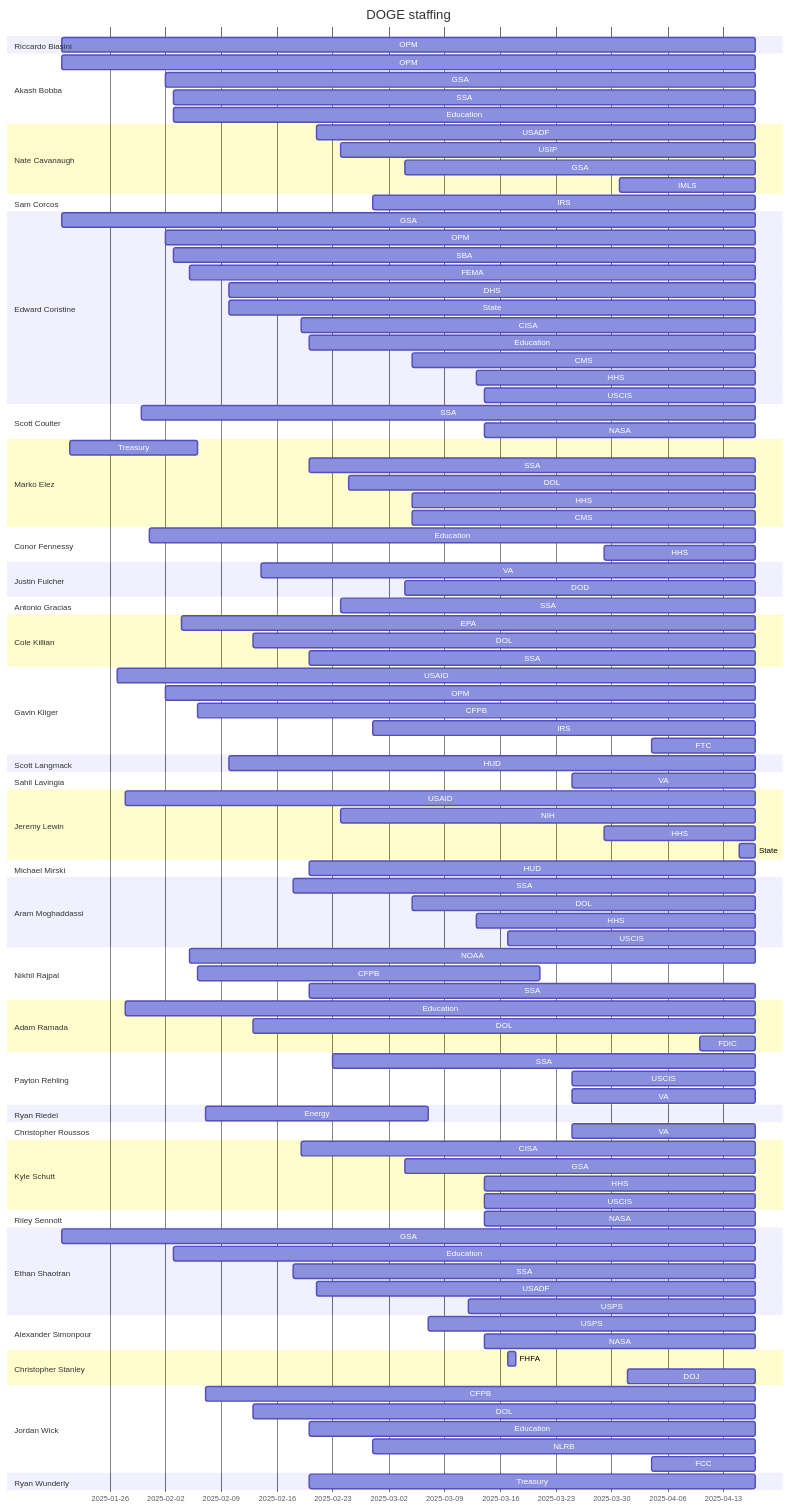
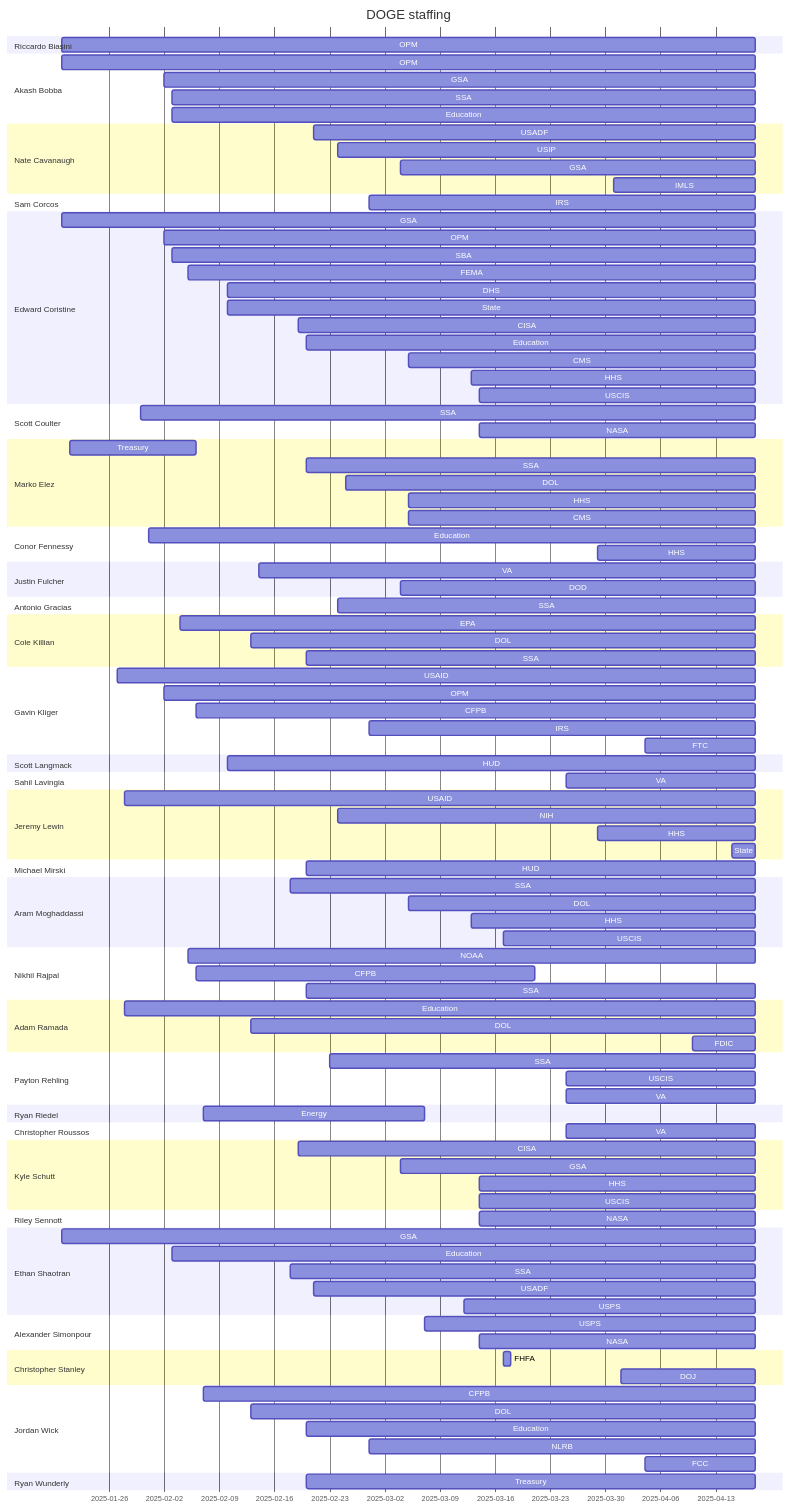
The diagram in it_modernization/staffing_chart.md (harrisj/trump_data), drawn with Mermaid before and after one commit. The commit also changed 10 other files, not shown here.

````diff
--- a/it_modernization/staffing_chart.md
+++ b/it_modernization/staffing_chart.md
@@ -4,115 +4,115 @@
     todayMarker off
     dateFormat YYYY-MM-DD
     section Riccardo Biasini
-        OPM : 2025-01-20, 2025-04-17
+        OPM : 2025-01-20, 2025-04-18
     section Akash Bobba
-        OPM : 2025-01-20, 2025-04-17
-        GSA : 2025-02-02, 2025-04-17
-        SSA : 2025-02-03, 2025-04-17
-        Education : 2025-02-03, 2025-04-17
+        OPM : 2025-01-20, 2025-04-18
+        GSA : 2025-02-02, 2025-04-18
+        SSA : 2025-02-03, 2025-04-18
+        Education : 2025-02-03, 2025-04-18
     section Nate Cavanaugh
-        USADF : 2025-02-21, 2025-04-17
-        USIP : 2025-02-24, 2025-04-17
-        GSA : 2025-03-04, 2025-04-17
-        IMLS : 2025-03-31, 2025-04-17
+        USADF : 2025-02-21, 2025-04-18
+        USIP : 2025-02-24, 2025-04-18
+        GSA : 2025-03-04, 2025-04-18
+        IMLS : 2025-03-31, 2025-04-18
     section Sam Corcos
-        IRS : 2025-02-28, 2025-04-17
+        IRS : 2025-02-28, 2025-04-18
     section Edward Coristine
-        GSA : 2025-01-20, 2025-04-17
-        OPM : 2025-02-02, 2025-04-17
-        SBA : 2025-02-03, 2025-04-17
-        FEMA : 2025-02-05, 2025-04-17
-        DHS : 2025-02-10, 2025-04-17
-        State : 2025-02-10, 2025-04-17
-        CISA : 2025-02-19, 2025-04-17
-        Education : 2025-02-20, 2025-04-17
-        CMS : 2025-03-05, 2025-04-17
-        HHS : 2025-03-13, 2025-04-17
-        USCIS : 2025-03-14, 2025-04-17
+        GSA : 2025-01-20, 2025-04-18
+        OPM : 2025-02-02, 2025-04-18
+        SBA : 2025-02-03, 2025-04-18
+        FEMA : 2025-02-05, 2025-04-18
+        DHS : 2025-02-10, 2025-04-18
+        State : 2025-02-10, 2025-04-18
+        CISA : 2025-02-19, 2025-04-18
+        Education : 2025-02-20, 2025-04-18
+        CMS : 2025-03-05, 2025-04-18
+        HHS : 2025-03-13, 2025-04-18
+        USCIS : 2025-03-14, 2025-04-18
     section Scott Coulter
-        SSA : 2025-01-30, 2025-04-17
-        NASA : 2025-03-14, 2025-04-17
+        SSA : 2025-01-30, 2025-04-18
+        NASA : 2025-03-14, 2025-04-18
     section Marko Elez
         Treasury : 2025-01-21, 2025-02-06
-        SSA : 2025-02-20, 2025-04-17
-        DOL : 2025-02-25, 2025-04-17
-        HHS : 2025-03-05, 2025-04-17
-        CMS : 2025-03-05, 2025-04-17
+        SSA : 2025-02-20, 2025-04-18
+        DOL : 2025-02-25, 2025-04-18
+        HHS : 2025-03-05, 2025-04-18
+        CMS : 2025-03-05, 2025-04-18
     section Conor Fennessy
-        Education : 2025-01-31, 2025-04-17
-        HHS : 2025-03-29, 2025-04-17
+        Education : 2025-01-31, 2025-04-18
+        HHS : 2025-03-29, 2025-04-18
     section Justin Fulcher
-        VA : 2025-02-14, 2025-04-17
-        DOD : 2025-03-04, 2025-04-17
+        VA : 2025-02-14, 2025-04-18
+        DOD : 2025-03-04, 2025-04-18
     section Antonio Gracias
-        SSA : 2025-02-24, 2025-04-17
+        SSA : 2025-02-24, 2025-04-18
     section Cole Killian
-        EPA : 2025-02-04, 2025-04-17
-        DOL : 2025-02-13, 2025-04-17
-        SSA : 2025-02-20, 2025-04-17
+        EPA : 2025-02-04, 2025-04-18
+        DOL : 2025-02-13, 2025-04-18
+        SSA : 2025-02-20, 2025-04-18
     section Gavin Kliger
-        USAID : 2025-01-27, 2025-04-17
-        OPM : 2025-02-02, 2025-04-17
-        CFPB : 2025-02-06, 2025-04-17
-        IRS : 2025-02-28, 2025-04-17
-        FTC : 2025-04-04, 2025-04-17
+        USAID : 2025-01-27, 2025-04-18
+        OPM : 2025-02-02, 2025-04-18
+        CFPB : 2025-02-06, 2025-04-18
+        IRS : 2025-02-28, 2025-04-18
+        FTC : 2025-04-04, 2025-04-18
     section Scott Langmack
-        HUD : 2025-02-10, 2025-04-17
+        HUD : 2025-02-10, 2025-04-18
     section Sahil Lavingia
-        VA : 2025-03-25, 2025-04-17
+        VA : 2025-03-25, 2025-04-18
     section Jeremy Lewin
-        USAID : 2025-01-28, 2025-04-17
-        NIH : 2025-02-24, 2025-04-17
-        HHS : 2025-03-29, 2025-04-17
-        State : 2025-04-15, 2025-04-17
+        USAID : 2025-01-28, 2025-04-18
+        NIH : 2025-02-24, 2025-04-18
+        HHS : 2025-03-29, 2025-04-18
+        State : 2025-04-15, 2025-04-18
     section Michael Mirski
-        HUD : 2025-02-20, 2025-04-17
+        HUD : 2025-02-20, 2025-04-18
     section Aram Moghaddassi
-        SSA : 2025-02-18, 2025-04-17
-        DOL : 2025-03-05, 2025-04-17
-        HHS : 2025-03-13, 2025-04-17
-        USCIS : 2025-03-17, 2025-04-17
+        SSA : 2025-02-18, 2025-04-18
+        DOL : 2025-03-05, 2025-04-18
+        HHS : 2025-03-13, 2025-04-18
+        USCIS : 2025-03-17, 2025-04-18
     section Nikhil Rajpal
-        NOAA : 2025-02-05, 2025-04-17
+        NOAA : 2025-02-05, 2025-04-18
         CFPB : 2025-02-06, 2025-03-21
-        SSA : 2025-02-20, 2025-04-17
+        SSA : 2025-02-20, 2025-04-18
     section Adam Ramada
-        Education : 2025-01-28, 2025-04-17
-        DOL : 2025-02-13, 2025-04-17
-        FDIC : 2025-04-10, 2025-04-17
+        Education : 2025-01-28, 2025-04-18
+        DOL : 2025-02-13, 2025-04-18
+        FDIC : 2025-04-10, 2025-04-18
     section Payton Rehling
-        SSA : 2025-02-23, 2025-04-17
-        USCIS : 2025-03-25, 2025-04-17
-        VA : 2025-03-25, 2025-04-17
+        SSA : 2025-02-23, 2025-04-18
+        USCIS : 2025-03-25, 2025-04-18
+        VA : 2025-03-25, 2025-04-18
     section Ryan Riedel
         Energy : 2025-02-07, 2025-03-07
     section Christopher Roussos
-        VA : 2025-03-25, 2025-04-17
+        VA : 2025-03-25, 2025-04-18
     section Kyle Schutt
-        CISA : 2025-02-19, 2025-04-17
-        GSA : 2025-03-04, 2025-04-17
-        HHS : 2025-03-14, 2025-04-17
-        USCIS : 2025-03-14, 2025-04-17
+        CISA : 2025-02-19, 2025-04-18
+        GSA : 2025-03-04, 2025-04-18
+        HHS : 2025-03-14, 2025-04-18
+        USCIS : 2025-03-14, 2025-04-18
     section Riley Sennott
-        NASA : 2025-03-14, 2025-04-17
+        NASA : 2025-03-14, 2025-04-18
     section Ethan Shaotran
-        GSA : 2025-01-20, 2025-04-17
-        Education : 2025-02-03, 2025-04-17
-        SSA : 2025-02-18, 2025-04-17
-        USADF : 2025-02-21, 2025-04-17
-        USPS : 2025-03-12, 2025-04-17
+        GSA : 2025-01-20, 2025-04-18
+        Education : 2025-02-03, 2025-04-18
+        SSA : 2025-02-18, 2025-04-18
+        USADF : 2025-02-21, 2025-04-18
+        USPS : 2025-03-12, 2025-04-18
     section Alexander Simonpour
-        USPS : 2025-03-07, 2025-04-17
-        NASA : 2025-03-14, 2025-04-17
+        USPS : 2025-03-07, 2025-04-18
+        NASA : 2025-03-14, 2025-04-18
     section Christopher Stanley
         FHFA : 2025-03-17, 2025-03-18
-        DOJ : 2025-04-01, 2025-04-17
+        DOJ : 2025-04-01, 2025-04-18
     section Jordan Wick
-        CFPB : 2025-02-07, 2025-04-17
-        DOL : 2025-02-13, 2025-04-17
-        Education : 2025-02-20, 2025-04-17
-        NLRB : 2025-02-28, 2025-04-17
-        FCC : 2025-04-04, 2025-04-17
+        CFPB : 2025-02-07, 2025-04-18
+        DOL : 2025-02-13, 2025-04-18
+        Education : 2025-02-20, 2025-04-18
+        NLRB : 2025-02-28, 2025-04-18
+        FCC : 2025-04-04, 2025-04-18
     section Ryan Wunderly
-        Treasury : 2025-02-20, 2025-04-17
+        Treasury : 2025-02-20, 2025-04-18
 ```
````
